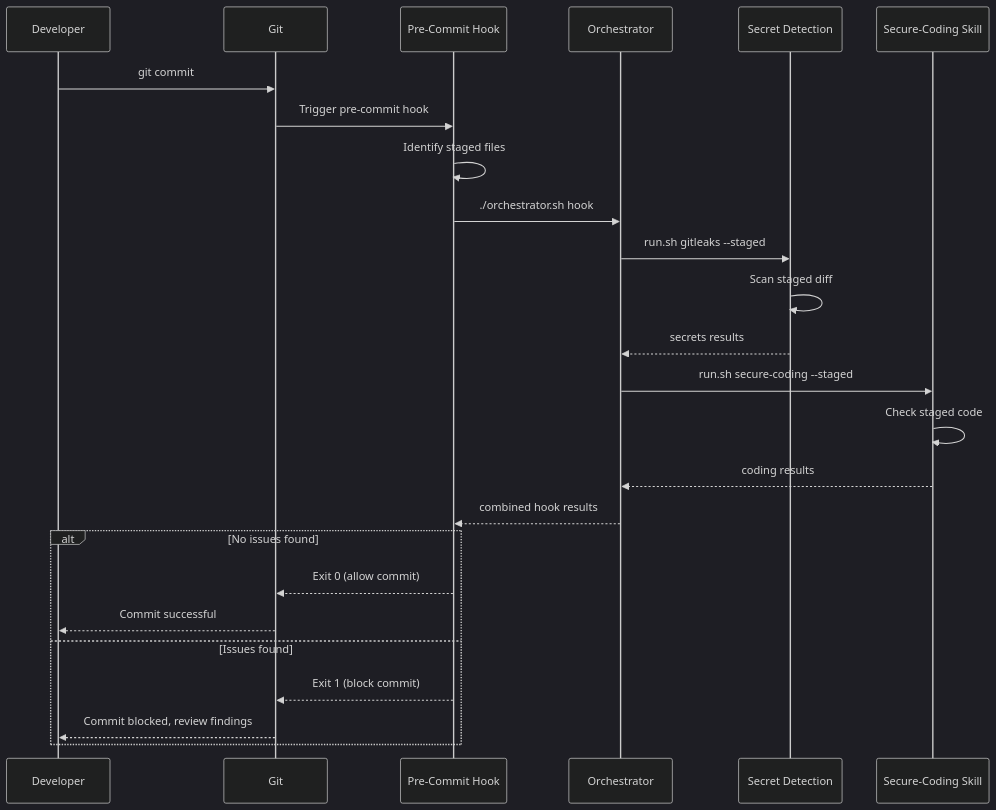
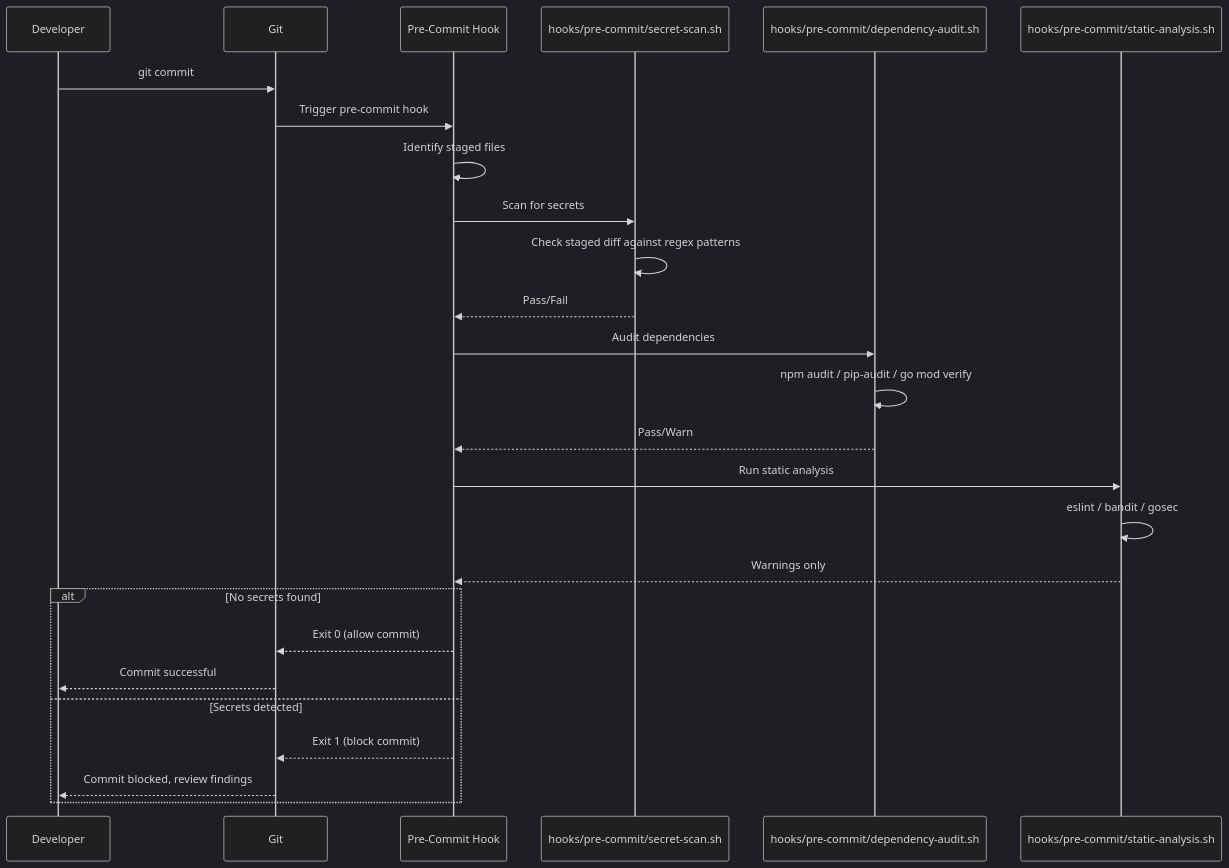
The second of 3 diagrams in docs/architecture/sequence-diagrams.md (rohit-barui/CyberSecurity-Superpowers), drawn with Mermaid (dark theme) before and after one commit. The commit also changed other lines of this file and 18 other files, not shown here.

````diff
--- a/docs/architecture/sequence-diagrams.md
+++ b/docs/architecture/sequence-diagrams.md
@@ -37,28 +43,29 @@
 ```mermaid
 sequenceDiagram
     participant Dev as Developer
     participant Git as Git
     participant Hook as Pre-Commit Hook
-    participant Orch as Orchestrator
-    participant Secret as Secret Detection
-    participant SC as Secure-Coding Skill
+    participant Secret as hooks/pre-commit/secret-scan.sh
+    participant Audit as hooks/pre-commit/dependency-audit.sh
+    participant SA as hooks/pre-commit/static-analysis.sh
 
     Dev->>Git: git commit
     Git->>Hook: Trigger pre-commit hook
     Hook->>Hook: Identify staged files
-    Hook->>Orch: ./orchestrator.sh hook
-    Orch->>Secret: run.sh gitleaks --staged
-    Secret->>Secret: Scan staged diff
-    Secret-->>Orch: secrets results
-    Orch->>SC: run.sh secure-coding --staged
-    SC->>SC: Check staged code
-    SC-->>Orch: coding results
-    Orch-->>Hook: combined hook results
-    alt No issues found
+    Hook->>Secret: Scan for secrets
+    Secret->>Secret: Check staged diff against regex patterns
+    Secret-->>Hook: Pass/Fail
+    Hook->>Audit: Audit dependencies
+    Audit->>Audit: npm audit / pip-audit / go mod verify
+    Audit-->>Hook: Pass/Warn
+    Hook->>SA: Run static analysis
+    SA->>SA: eslint / bandit / gosec
+    SA-->>Hook: Warnings only
+    alt No secrets found
         Hook-->>Git: Exit 0 (allow commit)
         Git-->>Dev: Commit successful
-    else Issues found
+    else Secrets detected
         Hook-->>Git: Exit 1 (block commit)
         Git-->>Dev: Commit blocked, review findings
     end
 ```
````
